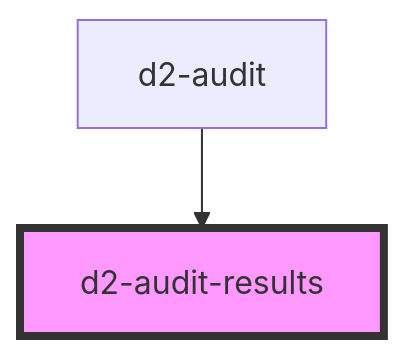
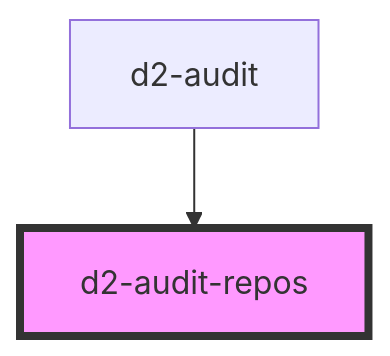
Before and after one commit to georgeadamson/bitbucket-repo-auditor: the diagram in src/components/d2-audit-repos/readme.md, drawn with Mermaid. The commit also changed other lines of this file and 31 other files, not shown here.

````diff
--- a/src/components/d2-audit-repos/readme.md
+++ b/src/components/d2-audit-repos/readme.md
@@ -23,5 +29,5 @@
 ```mermaid
 graph TD;
-  d2-audit --> d2-audit-results
-  style d2-audit-results fill:#f9f,stroke:#333,stroke-width:4px
+  d2-audit --> d2-audit-repos
+  style d2-audit-repos fill:#f9f,stroke:#333,stroke-width:4px
 ```
````
